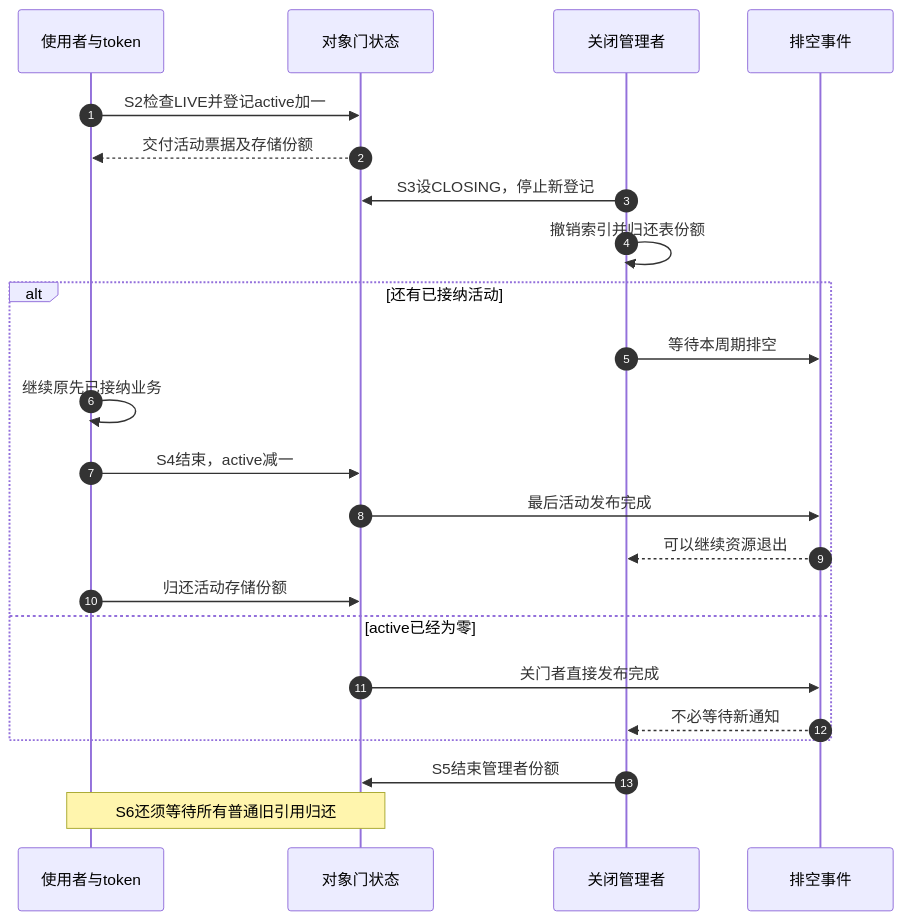
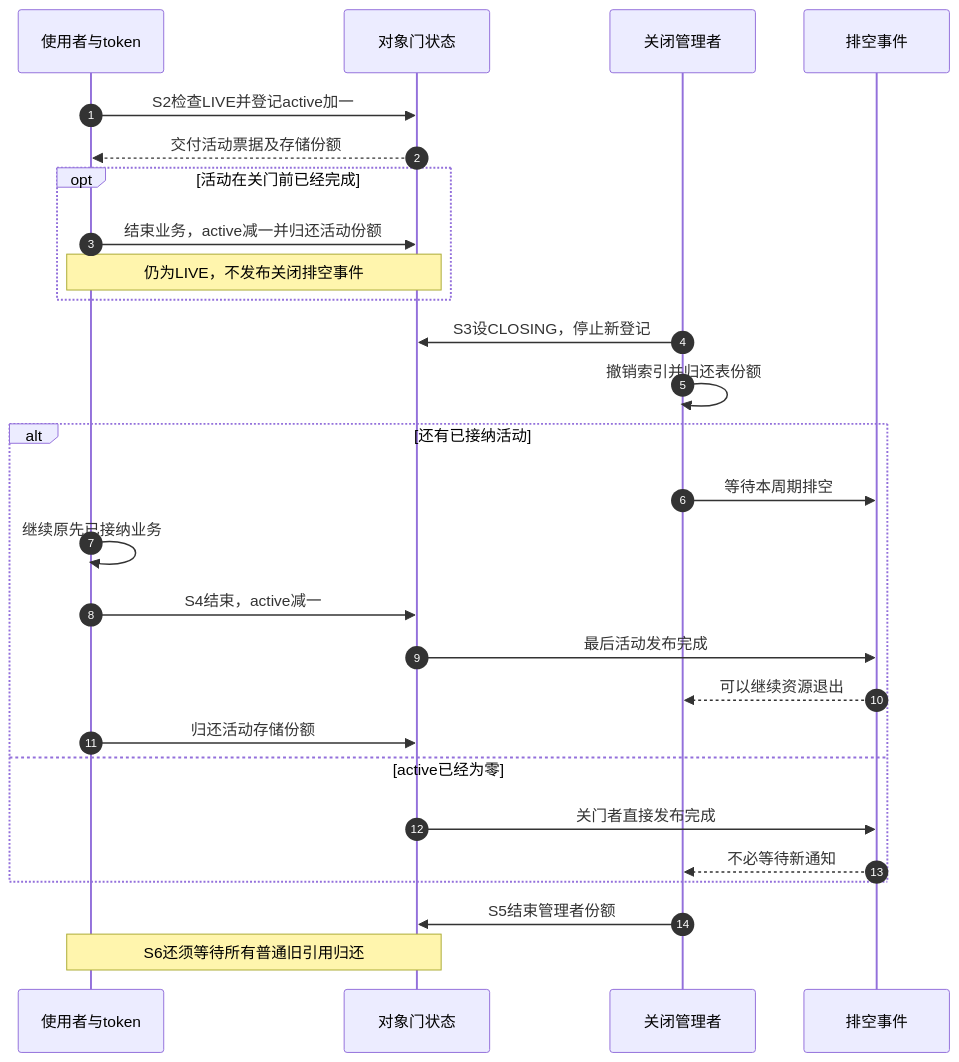
Before and after one commit to FormingSystem/linux_note: the second of 2 diagrams in knowledge/linux/object_lifetime/kref/P30_状态观察与活动接纳模板.md, drawn with Mermaid. The commit also changed other lines of this file, not shown here.

````diff
--- a/knowledge/linux/object_lifetime/kref/P30_状态观察与活动接纳模板.md
+++ b/knowledge/linux/object_lifetime/kref/P30_状态观察与活动接纳模板.md
@@ -62,25 +62,29 @@
 ```mermaid
 sequenceDiagram
     autonumber
     participant U as 使用者与token
     participant G as 对象门状态
     participant M as 关闭管理者
     participant E as 排空事件
     U->>G: S2检查LIVE并登记active加一
     G-->>U: 交付活动票据及存储份额
+    opt 活动在关门前已经完成
+        U->>G: 结束业务，active减一并归还活动份额
+        Note over U,G: 仍为LIVE，不发布关闭排空事件
+    end
     M->>G: S3设CLOSING，停止新登记
     M->>M: 撤销索引并归还表份额
     alt 还有已接纳活动
         M->>E: 等待本周期排空
         U->>U: 继续原先已接纳业务
         U->>G: S4结束，active减一
         G->>E: 最后活动发布完成
         E-->>M: 可以继续资源退出
         U->>G: 归还活动存储份额
     else active已经为零
         G->>E: 关门者直接发布完成
         E-->>M: 不必等待新通知
     end
     M->>G: S5结束管理者份额
     Note over U,G: S6还须等待所有普通旧引用归还
 ```
````
